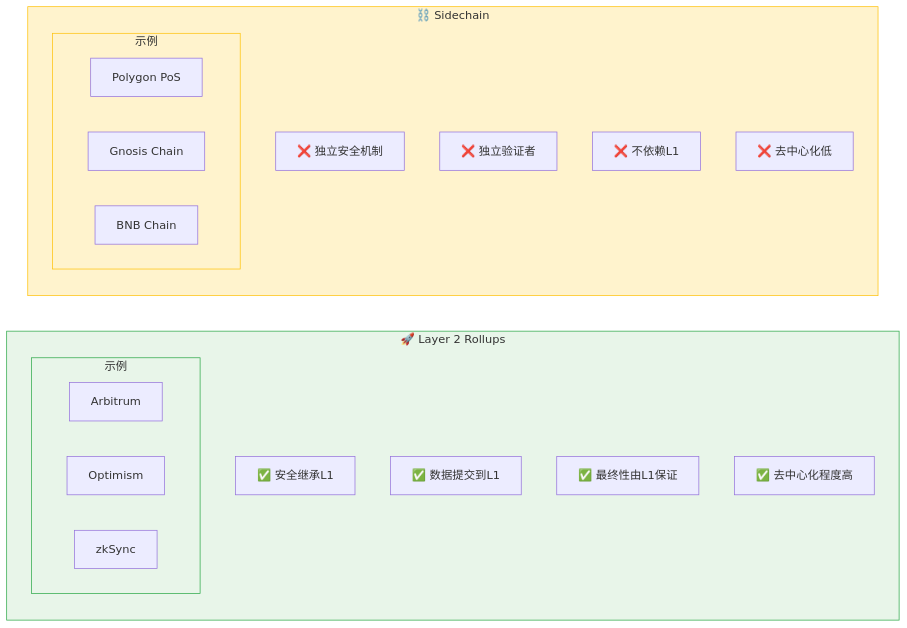
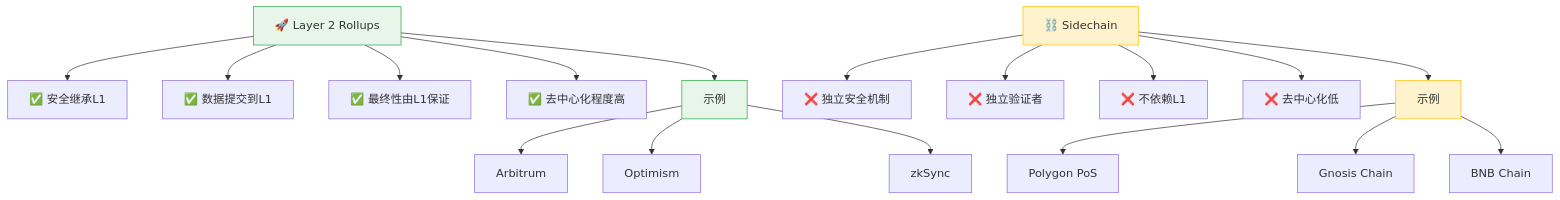
Before and after one commit to web3-wallet-org/web3-wallet-notes: the seventh of 9 diagrams in docs/《精通以太坊》/第16章-以太坊扩容.md, drawn with Mermaid. The commit also changed other lines of this file and 5 other files, not shown here.

````diff
--- a/docs/《精通以太坊》/第16章-以太坊扩容.md
+++ b/docs/《精通以太坊》/第16章-以太坊扩容.md
@@ -490,37 +494,47 @@
 ```mermaid
-graph LR
-    subgraph L2["🚀 Layer 2 Rollups"]
-        direction TB
-        L2_1["✅ 安全继承L1"]
-        L2_2["✅ 数据提交到L1"]
-        L2_3["✅ 最终性由L1保证"]
-        L2_4["✅ 去中心化程度高"]
-        
-        subgraph L2Examples["示例"]
-            direction LR
-            Arb["Arbitrum"]
-            Op["Optimism"]
-            Zk["zkSync"]
-        end
-    end
+graph TB
+    L2["🚀 Layer 2 Rollups"]
+    L2_1["✅ 安全继承L1"]
+    L2_2["✅ 数据提交到L1"]
+    L2_3["✅ 最终性由L1保证"]
+    L2_4["✅ 去中心化程度高"]
     
-    subgraph Sidechain["⛓️ Sidechain"]
-        direction TB
-        S1["❌ 独立安全机制"]
-        S2["❌ 独立验证者"]
-        S3["❌ 不依赖L1"]
-        S4["❌ 去中心化低"]
-        
-        subgraph SideExamples["示例"]
-            direction LR
-            Poly["Polygon PoS"]
-            Gnosis["Gnosis Chain"]
-            BNB["BNB Chain"]
-        end
-    end
+    L2Examples["示例"]
+    Arb["Arbitrum"]
+    Op["Optimism"]
+    Zk["zkSync"]
+    
+    Sidechain["⛓️ Sidechain"]
+    S1["❌ 独立安全机制"]
+    S2["❌ 独立验证者"]
+    S3["❌ 不依赖L1"]
+    S4["❌ 去中心化低"]
+    
+    SideExamples["示例"]
+    Poly["Polygon PoS"]
+    Gnosis["Gnosis Chain"]
+    BNB["BNB Chain"]
+    
+    L2 --> L2_1
+    L2 --> L2_2
+    L2 --> L2_3
+    L2 --> L2_4
+    L2 --> L2Examples
+    L2Examples --> Arb
+    L2Examples --> Op
+    L2Examples --> Zk
+    
+    Sidechain --> S1
+    Sidechain --> S2
+    Sidechain --> S3
+    Sidechain --> S4
+    Sidechain --> SideExamples
+    SideExamples --> Poly
+    SideExamples --> Gnosis
+    SideExamples --> BNB
     
     style L2 fill:#e8f5e9,stroke:#28a745,color:#333
     style L2Examples fill:#e8f5e9,stroke:#28a745,color:#333
     style Sidechain fill:#fff3cd,stroke:#ffc107,color:#333
     style SideExamples fill:#fff3cd,stroke:#ffc107,color:#333
 ```
````
